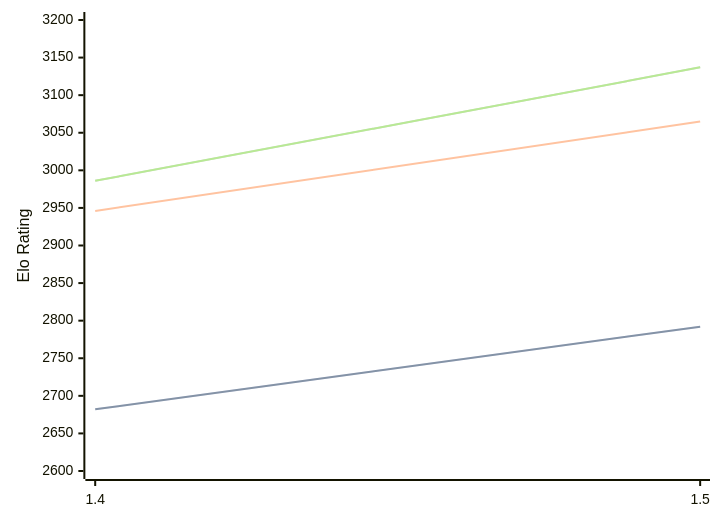
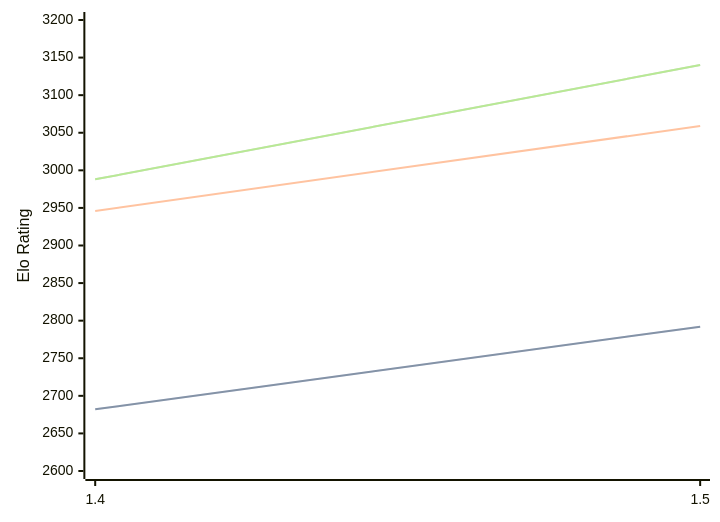
Before and after one commit to computer-chess-index/cci: the diagram in engines/Yakka.md, drawn with Mermaid. The commit also changed other lines of this file, not shown here.

Commit message:
Update CCI Ratings (ELO VLTC) - 2026-04-05

````diff
--- a/engines/Yakka.md
+++ b/engines/Yakka.md
@@ -36,11 +36,11 @@
 ```mermaid
 %%{init: {"theme":"base","themeVariables":{"seriesColors:['#a3a3a3','#222221','#faa371']}}}%%
 xychart-beta
   x-axis ["1.4", "1.5"]
   y-axis "Elo Rating" 2600 --> 3200
   line "STC (8.0+0.08s)" [2682, 2792]
   line "STC (8.0+0.08s)" [2682, 2792]
-  line "LTC (60.0+0.60s)" [2946, 3065]
-  line "VLTC (2m24s+1.12s)" [2986, 3137]
-  line "VLTC (2m24s+1.12s)" [2986, 3137]
+  line "LTC (60.0+0.60s)" [2946, 3059]
+  line "VLTC (2m24s+1.12s)" [2988, 3140]
+  line "VLTC (2m24s+1.12s)" [2988, 3140]
 ```
````
